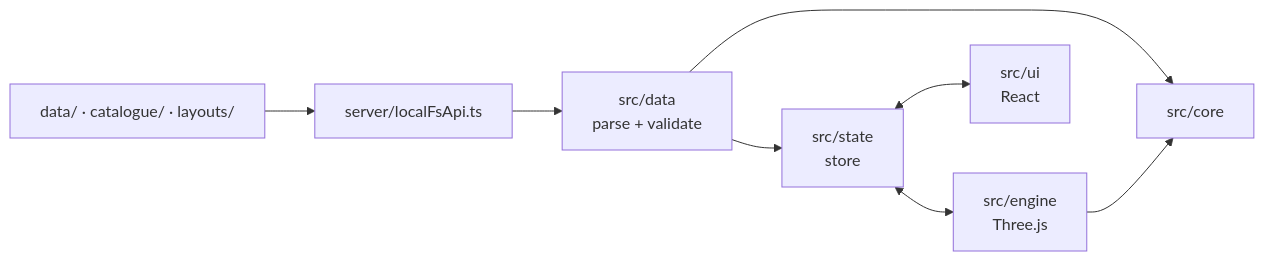
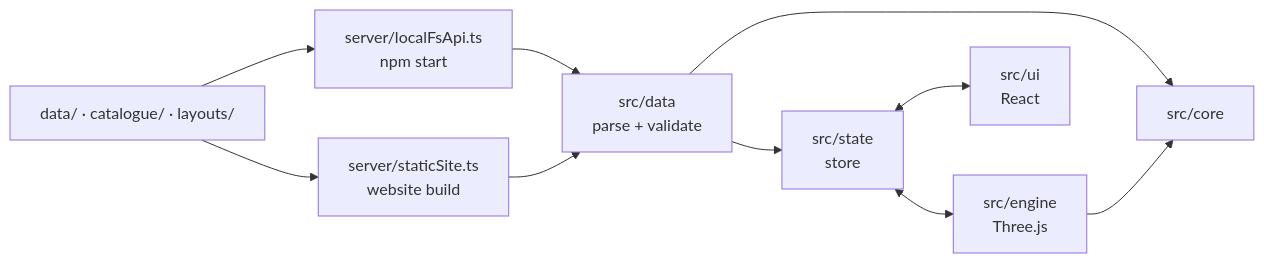
Before and after one commit to lettersfromfelix/interior-design-tool: the diagram in README.md, drawn with Mermaid. The commit also changed other lines of this file and 32 other files, not shown here.

First line of the commit message:
Website: a static build that keeps layouts in the browser

````diff
--- a/README.md
+++ b/README.md
@@ -122,10 +156,12 @@
 ```mermaid
 flowchart LR
-  D[data/ · catalogue/ · layouts/] --> API[server/localFsApi.ts]
+  D[data/ · catalogue/ · layouts/] --> API[server/localFsApi.ts<br/>npm start]
+  D --> B[server/staticSite.ts<br/>website build]
   API --> R[src/data<br/>parse + validate]
+  B --> R
   R --> S[src/state<br/>store]
   S <--> E[src/engine<br/>Three.js]
   S <--> U[src/ui<br/>React]
   R --> K[src/core]
   E --> K
 ```
````
